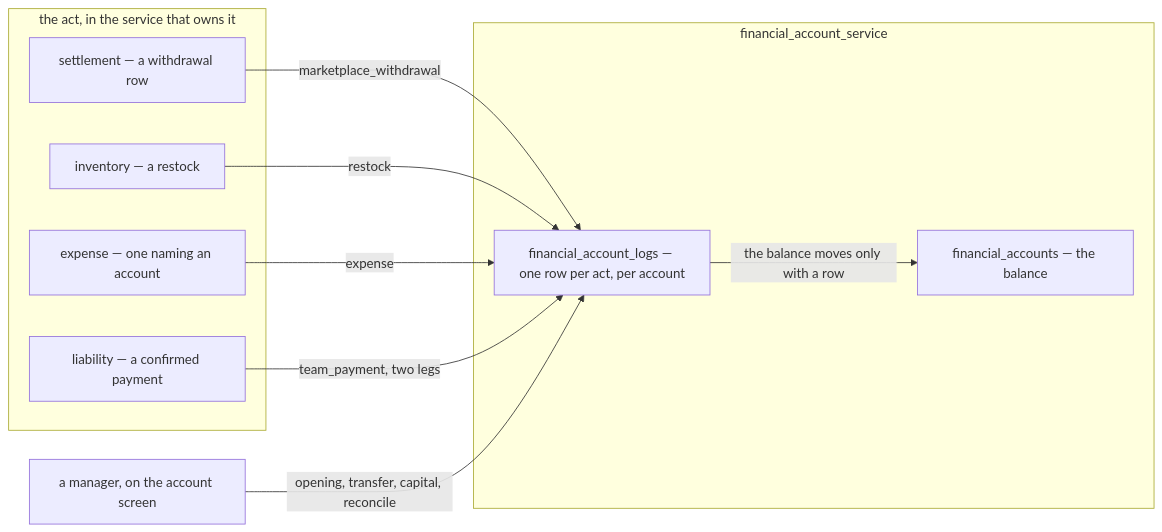
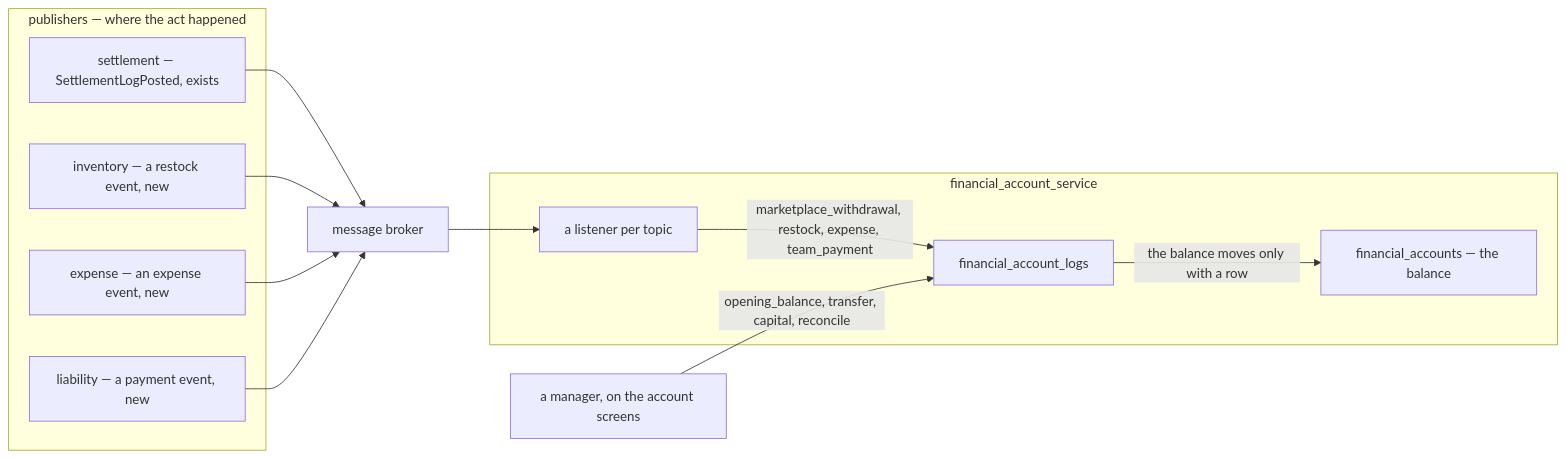
Before and after one commit to pdcgo/warehouse_revamp: the second of 7 diagrams in docs/business/financial_account/context_clarify.md, drawn with Mermaid. The commit also changed other lines of this file and 3 other files, not shown here.

First line of the commit message:
financial_account: record the-accounts-are-one-ledger and a-row-comes-by-hand-or-from-the-broker

````diff
--- a/docs/business/financial_account/context_clarify.md
+++ b/docs/business/financial_account/context_clarify.md
@@ -98,20 +109,24 @@
 ```mermaid
 flowchart LR
-  subgraph "the act, in the service that owns it"
-    W["settlement — a withdrawal row"]
-    R["inventory — a restock"]
-    X["expense — one naming an account"]
-    P["liability — a confirmed payment"]
+  subgraph "publishers — where the act happened"
+    W["settlement — SettlementLogPosted, exists"]
+    R["inventory — a restock event, new"]
+    X["expense — an expense event, new"]
+    P["liability — a payment event, new"]
   end
-  M["a manager, on the account screen"]
+  B["message broker"]
+  M["a manager, on the account screens"]
   subgraph "financial_account_service"
-    L["financial_account_logs — one row per act, per account"]
+    C["a listener per topic"]
+    L["financial_account_logs"]
     A["financial_accounts — the balance"]
   end
-  W -->|"marketplace_withdrawal"| L
-  R -->|"restock"| L
-  X -->|"expense"| L
-  P -->|"team_payment, two legs"| L
-  M -->|"opening, transfer, capital, reconcile"| L
+  W --> B
+  R --> B
+  X --> B
+  P --> B
+  B --> C
+  C -->|"marketplace_withdrawal, restock, expense, team_payment"| L
+  M -->|"opening_balance, transfer, capital, reconcile"| L
   L -->|"the balance moves only with a row"| A
 ```
````
